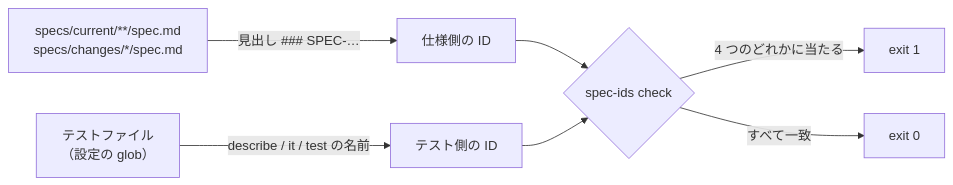
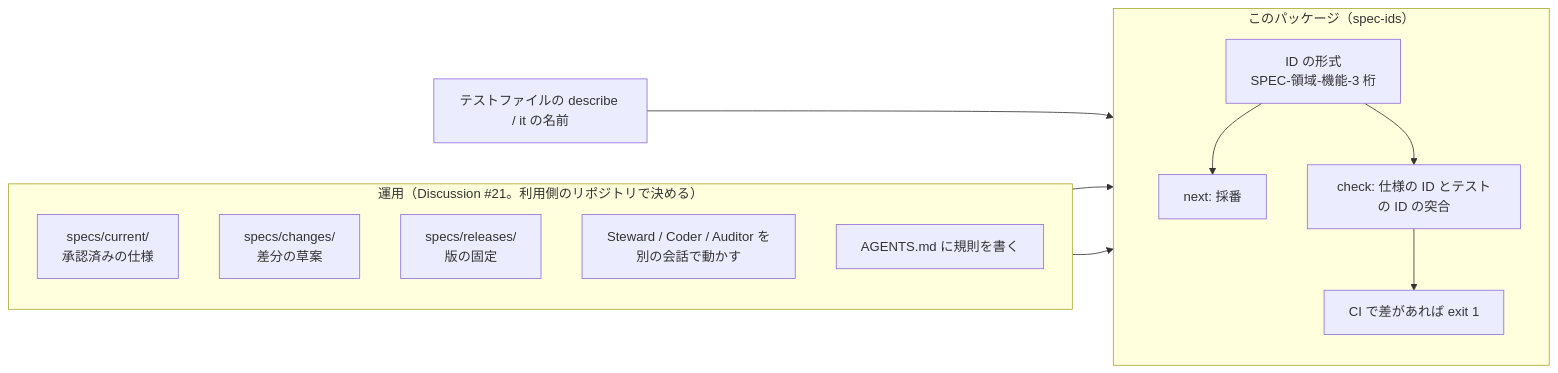
Before and after one commit to shuji-bonji/spec-ids: the diagram in README.md, drawn with Mermaid. The commit also changed other lines of this file, not shown here.

````diff
--- a/README.md
+++ b/README.md
@@ -9,9 +18,24 @@
 ```mermaid
 flowchart LR
-  A["specs/current/**/spec.md<br/>specs/changes/*/spec.md"] -->|"見出し ### SPEC-…"| S["仕様側の ID"]
-  B["テストファイル<br/>（設定の glob）"] -->|"describe / it / test の名前"| T["テスト側の ID"]
-  S --> C{"spec-ids check"}
-  T --> C
-  C -->|"4 つのどれかに当たる"| NG["exit 1"]
-  C -->|"すべて一致"| OK["exit 0"]
+  subgraph harness["運用（Discussion #21。利用側のリポジトリで決める）"]
+    direction TB
+    current["specs/current/<br/>承認済みの仕様"]
+    changes["specs/changes/<br/>差分の草案"]
+    releases["specs/releases/<br/>版の固定"]
+    roles["Steward / Coder / Auditor を別の会話で動かす"]
+    agents["AGENTS.md に規則を書く"]
+  end
+  subgraph tool["このパッケージ（spec-ids）"]
+    direction TB
+    id["ID の形式<br/>SPEC-領域-機能-3 桁"]
+    next["next: 採番"]
+    check["check: 仕様の ID とテストの ID の突合"]
+    ci["CI で差があれば exit 1"]
+  end
+  current --> check
+  changes --> check
+  tests["テストファイルの describe / it の名前"] --> check
+  id --> next
+  id --> check
+  check --> ci
 ```
````
